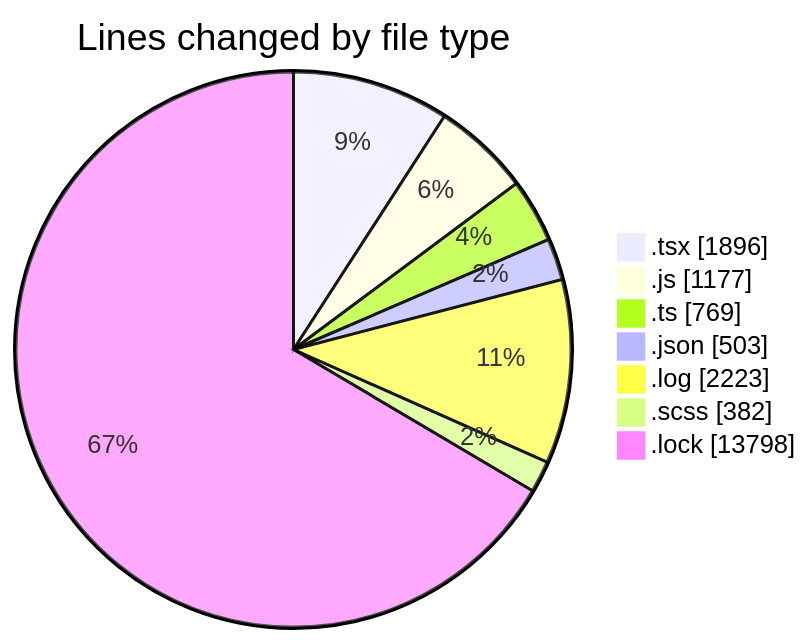
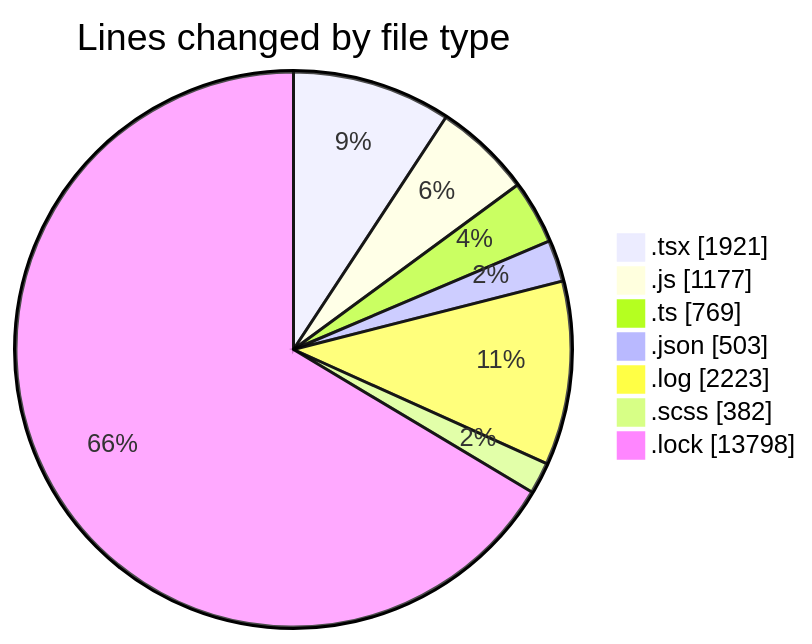
Before and after one commit to momahboobian/code-tracking: the first of 2 diagrams in 2026-04-17/cda/README.md, drawn with Mermaid. The commit also changed other lines of this file and 1 other file, not shown here.

````diff
--- a/2026-04-17/cda/README.md
+++ b/2026-04-17/cda/README.md
@@ -47,11 +47,11 @@
 ```mermaid
 pie showData
 title Lines changed by file type
-".tsx" : 1896
+".tsx" : 1921
 ".js" : 1177
 ".ts" : 769
 ".json" : 503
 ".log" : 2223
 ".scss" : 382
 ".lock" : 13798
 ```
````
